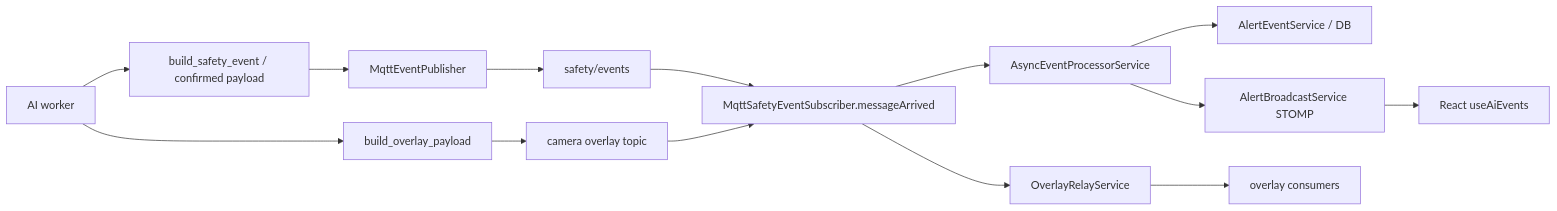
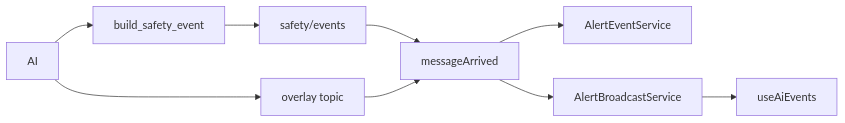
Before and after one commit to Anjingyeong/llm_wiki_strange: the diagram in content/ED-MQTT-Backend-Event-Path.md, drawn with Mermaid. The commit also changed other lines of this file and 144 other files, not shown here.

````diff
--- a/content/ED-MQTT-Backend-Event-Path.md
+++ b/content/ED-MQTT-Backend-Event-Path.md
@@ -99,16 +67,11 @@
 ```mermaid
 flowchart LR
-  AI[AI worker] --> Build[build_safety_event / confirmed payload]
-  Build --> Pub[MqttEventPublisher]
-  Pub --> T1[safety/events]
-  AI --> OvBuild[build_overlay_payload]
-  OvBuild --> T2[camera overlay topic]
-  T1 --> Sub[MqttSafetyEventSubscriber.messageArrived]
-  T2 --> Sub
-  Sub --> Async[AsyncEventProcessorService]
-  Async --> DB[AlertEventService / DB]
-  Async --> WS[AlertBroadcastService STOMP]
-  WS --> FE[React useAiEvents]
-  Sub --> Relay[OverlayRelayService]
-  Relay --> FE2[overlay consumers]
+  AI --> Build[build_safety_event]
+  Build --> MQTT[safety/events]
+  AI --> Ov[overlay topic]
+  MQTT --> Sub[messageArrived]
+  Ov --> Sub
+  Sub --> DB[AlertEventService]
+  Sub --> WS[AlertBroadcastService]
+  WS --> FE[useAiEvents]
 ```
````
